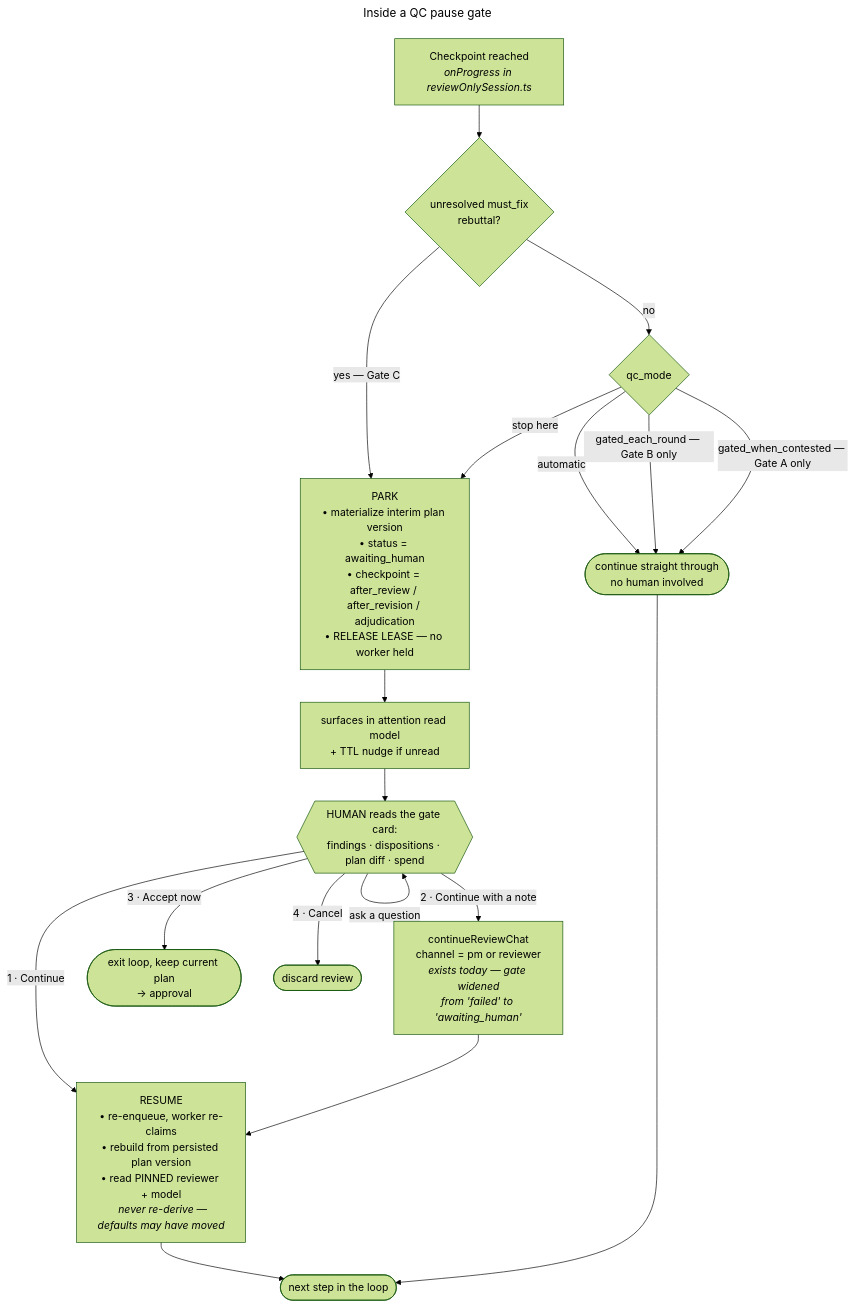
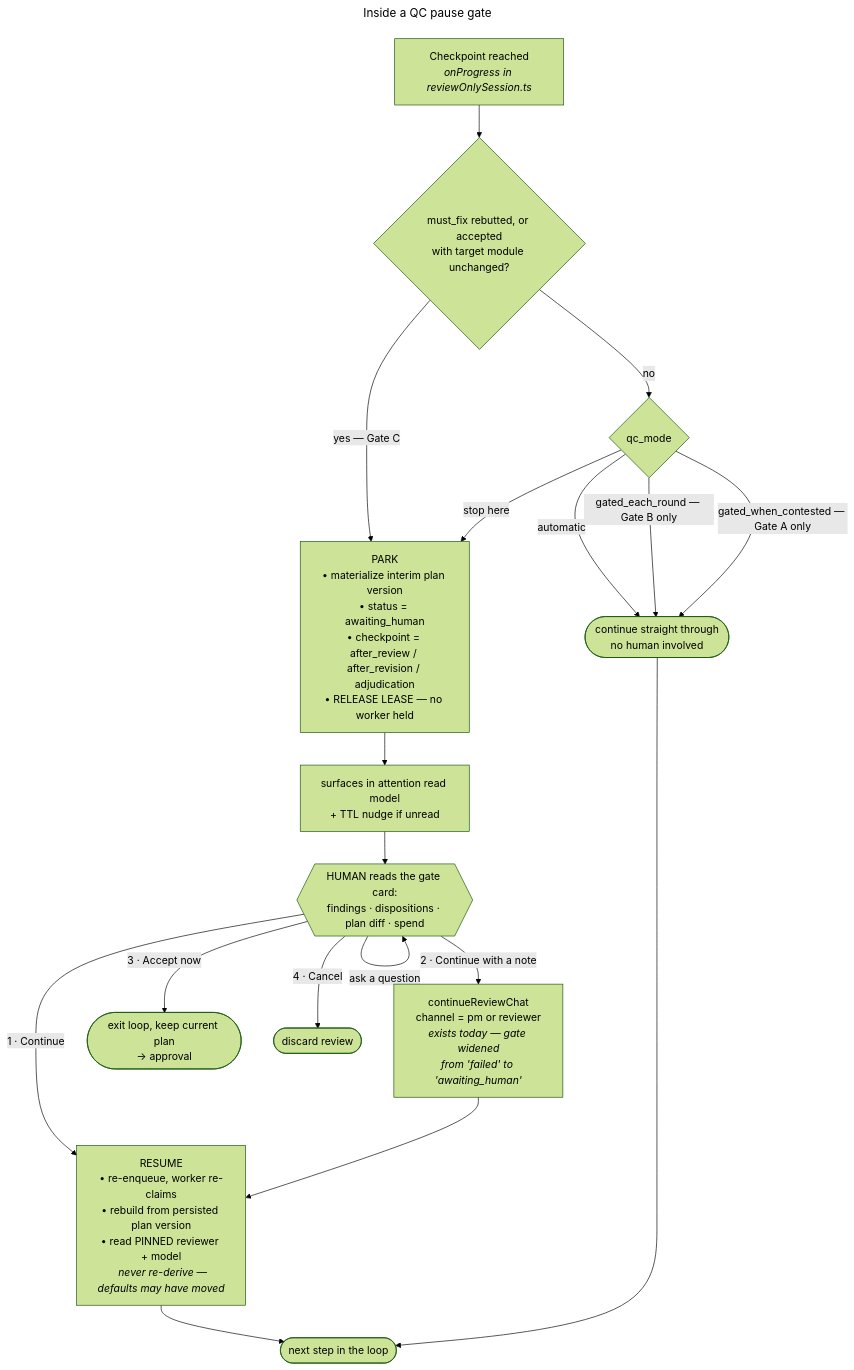
The second of 2 diagrams in docs/QC-PAUSE-POINTS.md (ruggerdude/TheNorns), drawn with Mermaid (forest theme) before and after one commit. The commit also changed other lines of this file, not shown here.

````diff
--- a/docs/QC-PAUSE-POINTS.md
+++ b/docs/QC-PAUSE-POINTS.md
@@ -90,32 +90,32 @@
 ```mermaid
 ---
 title: "Inside a QC pause gate"
 ---
 flowchart TD
-    hit["Checkpoint reached<br/><i>onProgress in reviewOnlySession.ts</i>"] --> adj{"unresolved must_fix<br/>rebuttal?"}
+    hit["Checkpoint reached<br/><i>onProgress in reviewOnlySession.ts</i>"] --> adj{"must_fix rebutted, or accepted<br/>with target module unchanged?"}
 
     adj -->|"yes — Gate C"| park
     adj -->|no| mode{"qc_mode"}
 
     mode -->|"automatic"| skip
     mode -->|"gated_each_round — Gate B only"| skip
     mode -->|"gated_when_contested — Gate A only"| skip
     mode -->|"stop here"| park
 
     skip(["continue straight through<br/>no human involved"])
 
     park["PARK<br/>• materialize interim plan version<br/>• status = awaiting_human<br/>• checkpoint = after_review / after_revision / adjudication<br/>• RELEASE LEASE — no worker held"]
     park --> inbox["surfaces in attention read model<br/>+ TTL nudge if unread"]
     inbox --> card{{"HUMAN reads the gate card:<br/>findings · dispositions · plan diff · spend"}}
 
     card -->|"1 · Continue"| resume
     card -->|"2 · Continue with a note"| note["continueReviewChat<br/>channel = pm or reviewer<br/><i>exists today — gate widened<br/>from 'failed' to 'awaiting_human'</i>"]
     note --> resume
     card -->|"3 · Accept now"| accept(["exit loop, keep current plan<br/>→ approval"])
     card -->|"4 · Cancel"| cancel(["discard review"])
     card -->|"ask a question"| card
 
     resume["RESUME<br/>• re-enqueue, worker re-claims<br/>• rebuild from persisted plan version<br/>• read PINNED reviewer + model<br/>  <i>never re-derive — defaults may have moved</i>"]
     resume --> nextstep(["next step in the loop"])
     skip --> nextstep
 ```
````
